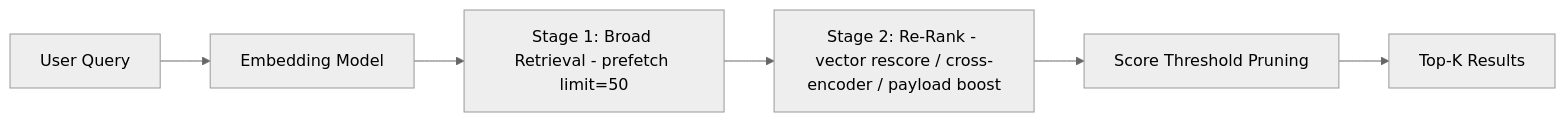
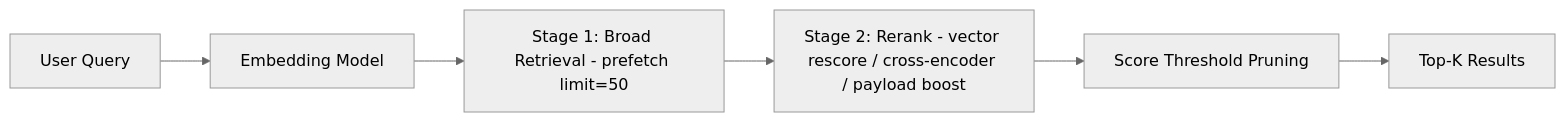
One commit to ActianCorp/vectorai-db-docs changed the diagram in academy/tutorials/re-ranking.mdx. Above: the diagram before and after it, drawn with Mermaid (neutral theme). The commit also changed other lines of this file and 28 other files, not shown here.

````diff
--- a/academy/tutorials/re-ranking.mdx
+++ b/academy/tutorials/re-ranking.mdx
@@ -36,8 +36,8 @@
 ```mermaid
 flowchart LR
     Query[User Query] --> Embed[Embedding Model]
     Embed --> Stage1[Stage 1: Broad Retrieval - prefetch limit=50]
-    Stage1 --> Stage2[Stage 2: Re-Rank - vector rescore / cross-encoder / payload boost]
+    Stage1 --> Stage2[Stage 2: Rerank - vector rescore / cross-encoder / payload boost]
     Stage2 --> Threshold[Score Threshold Pruning]
     Threshold --> Results[Top-K Results]
 ```
````
